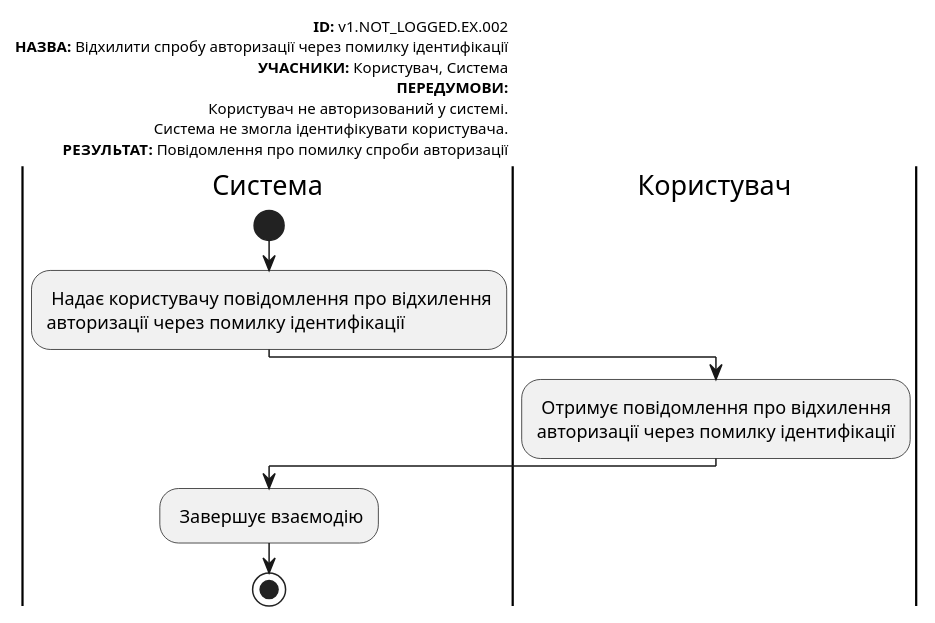
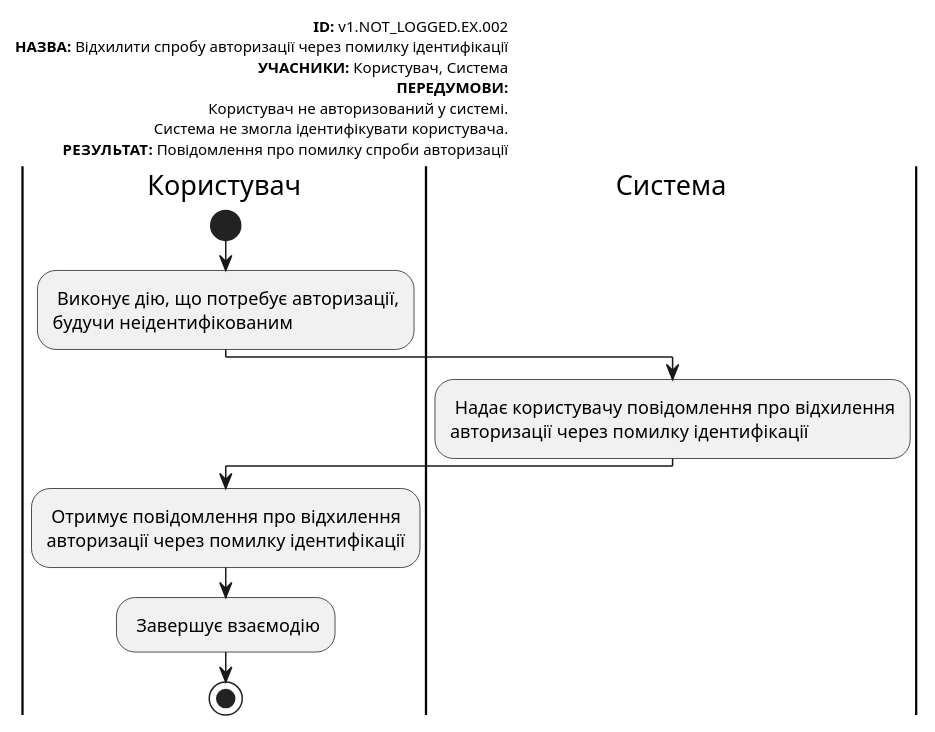
Before and after one commit to danilbezus/survey-expert: diagram 21 of 22 in docs/use cases/README.md, drawn with PlantUML. The commit also changed other lines of this file, not shown here.

```diff
--- a/docs/use cases/README.md
+++ b/docs/use cases/README.md
@@ -942,26 +1052,27 @@
 @startuml
 
     left header
          <font color=000 size=10><b>ID:</b> v1.NOT_LOGGED.EX.002
          <font color=000 size=10><b>НАЗВА:</b> Відхилити спробу авторизації через помилку ідентифікації
          <font color=000 size=10><b>УЧАСНИКИ:</b> Користувач, Система
          <font color=000 size=10><b>ПЕРЕДУМОВИ:</b>
          <font color=000 size=10>Користувач не авторизований у системі.
          <font color=000 size=10>Система не змогла ідентифікувати користувача.
          <font color=000 size=10><b>РЕЗУЛЬТАТ:</b> Повідомлення про помилку спроби авторизації
      end header
 
+     |Користувач|
+         start
+         : Виконує дію, що потребує авторизації, 
+         будучи неідентифікованим;             
      |Система|
-         start
          : Надає користувачу повідомлення про відхилення
          авторизації через помилку ідентифікації;
 
      |Користувач|
          : Отримує повідомлення про відхилення
          авторизації через помилку ідентифікації;
-
-     |Система|
          : Завершує взаємодію;
          stop;
 
 @enduml
```
